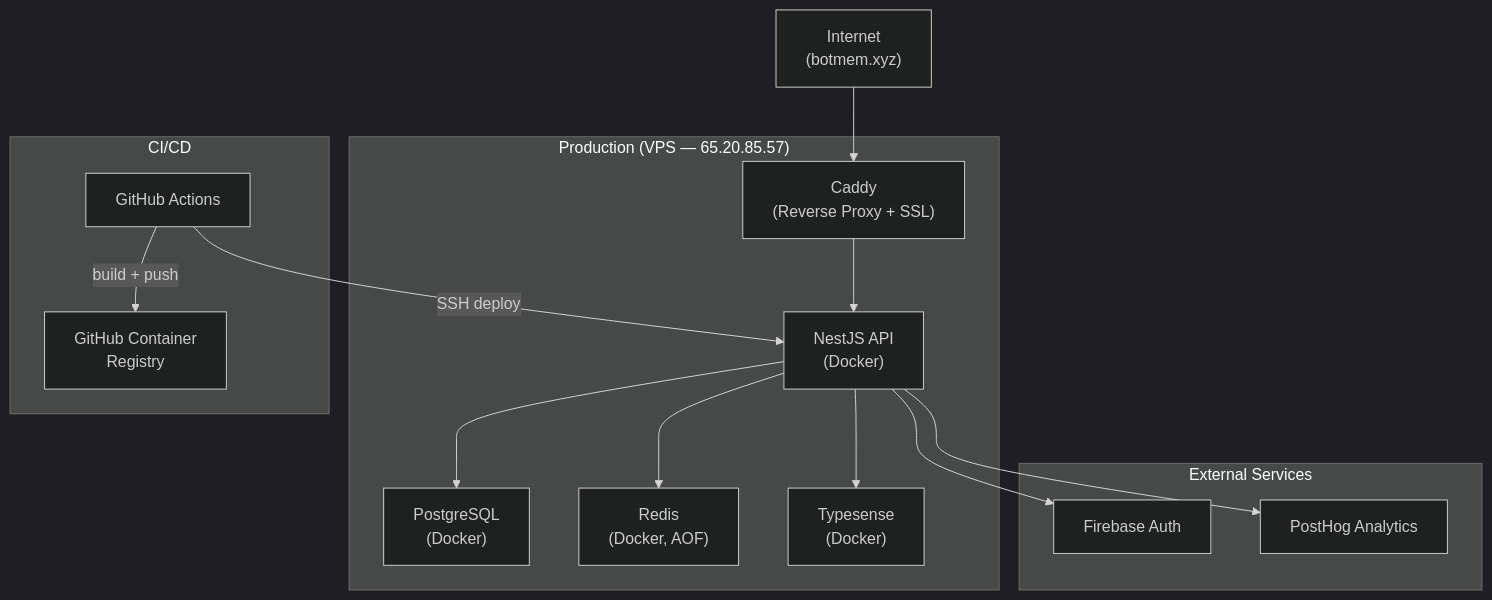
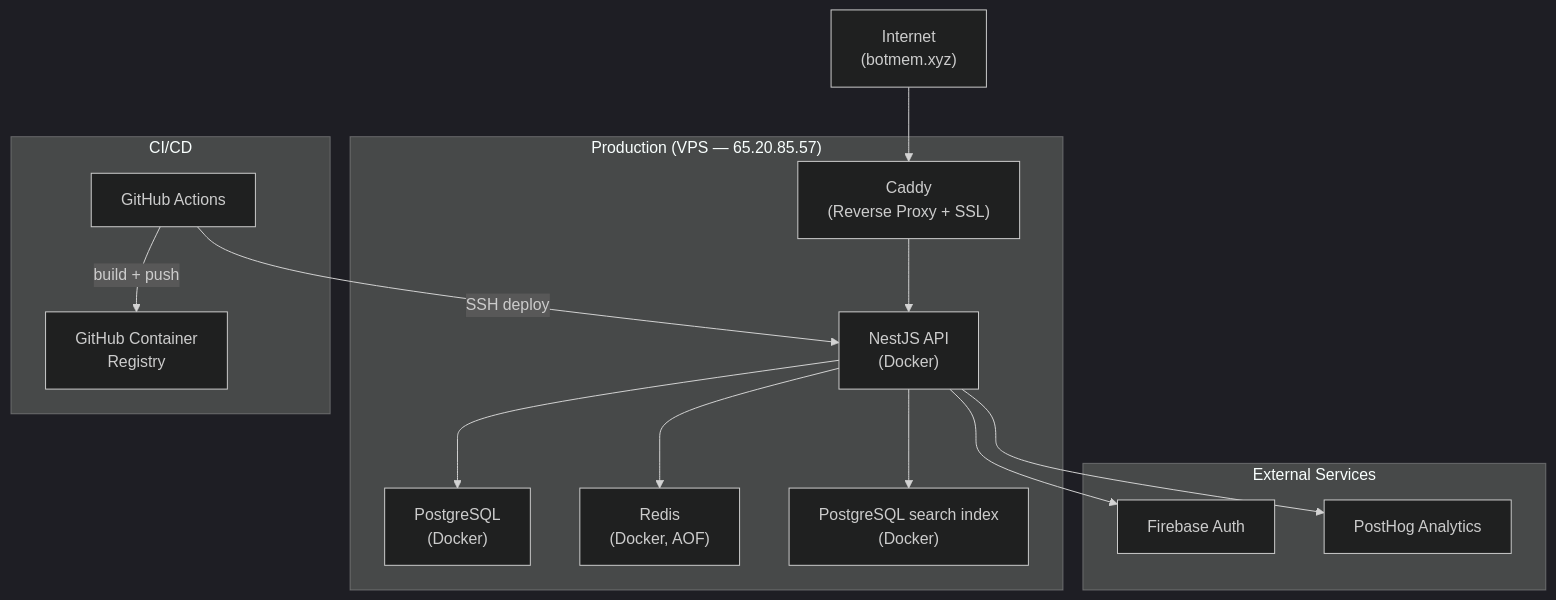
The fifth of 5 diagrams in docs/architecture/HLD.md (botmem/botmem), drawn with Mermaid (dark theme) before and after one commit. The commit also changed other lines of this file and 117 other files, not shown here.

Commit message:
feat: move search index into postgres

````diff
--- a/docs/architecture/HLD.md
+++ b/docs/architecture/HLD.md
@@ -178,27 +178,27 @@
 ```mermaid
 graph TB
     subgraph "Production (VPS — 65.20.85.57)"
         Caddy["Caddy<br/>(Reverse Proxy + SSL)"]
         API["NestJS API<br/>(Docker)"]
         PG["PostgreSQL<br/>(Docker)"]
         Redis["Redis<br/>(Docker, AOF)"]
-        TSProd["Typesense<br/>(Docker)"]
+        TSProd["PostgreSQL search index<br/>(Docker)"]
     end
 
     subgraph "CI/CD"
         GH["GitHub Actions"]
         GHCR["GitHub Container<br/>Registry"]
     end
 
     subgraph "External Services"
         Firebase["Firebase Auth"]
         PostHog["PostHog Analytics"]
     end
 
     Internet["Internet<br/>(botmem.xyz)"] --> Caddy
     Caddy --> API
     API --> PG & Redis & TSProd
     API --> Firebase & PostHog
     GH -->|"build + push"| GHCR
     GH -->|"SSH deploy"| API
 ```
````
